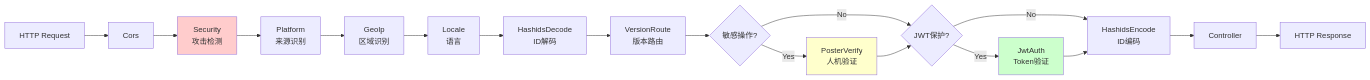
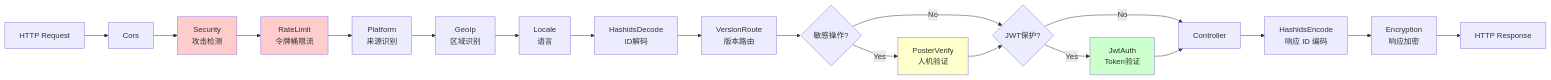
The third of 6 diagrams in docs/architecture-full.md (erikwang2013/erik-shop), drawn with Mermaid before and after one commit. The commit also changed other lines of this file and 14 other files, not shown here.

````diff
--- a/docs/architecture-full.md
+++ b/docs/architecture-full.md
@@ -172,22 +174,25 @@
 ```mermaid
 graph LR
     A[HTTP Request] --> B[Cors]
     B --> C[Security<br/>攻击检测]
-    C --> D[Platform<br/>来源识别]
-    D --> E[GeoIp<br/>区域识别]
-    E --> F[Locale<br/>语言]
-    F --> G[HashidsDecode<br/>ID解码]
-    G --> H[VersionRoute<br/>版本路由]
-    H --> I{敏感操作?}
-    I -->|Yes| J[PosterVerify<br/>人机验证]
-    I -->|No| K{JWT保护?}
-    J --> K
-    K -->|Yes| L[JwtAuth<br/>Token验证]
-    K -->|No| M[HashidsEncode<br/>ID编码]
-    L --> M
-    M --> N[Controller]
-    N --> O[HTTP Response]
+    C --> D[RateLimit<br/>令牌桶限流]
+    D --> E[Platform<br/>来源识别]
+    E --> F[GeoIp<br/>区域识别]
+    F --> G[Locale<br/>语言]
+    G --> H[HashidsDecode<br/>ID解码]
+    H --> I[VersionRoute<br/>版本路由]
+    I --> J{敏感操作?}
+    J -->|Yes| K[PosterVerify<br/>人机验证]
+    J -->|No| L{JWT保护?}
+    K --> L
+    L -->|Yes| M[JwtAuth<br/>Token验证]
+    L -->|No| N[Controller]
+    M --> N
+    N --> O[HashidsEncode<br/>响应 ID 编码]
+    O --> P[Encryption<br/>响应加密]
+    P --> Q[HTTP Response]
     style C fill:#fcc
-    style J fill:#ffc
-    style L fill:#cfc
+    style D fill:#fcc
+    style K fill:#ffc
+    style M fill:#cfc
 ```
````
